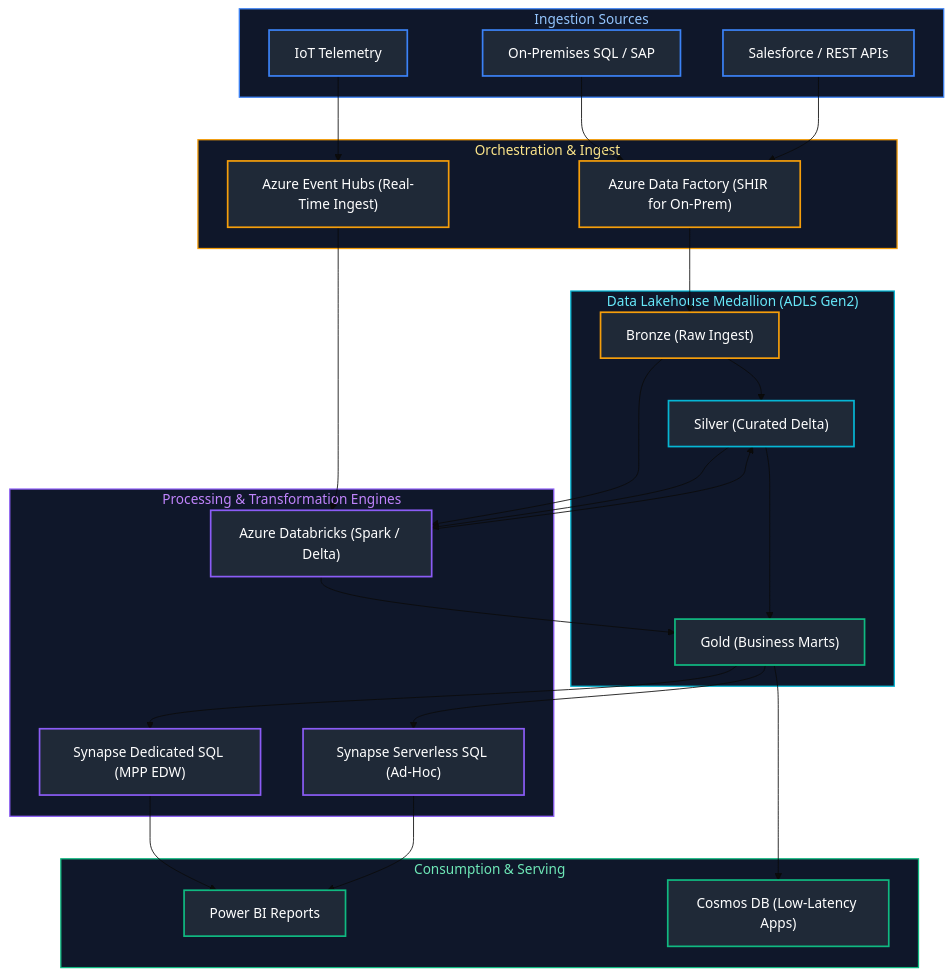
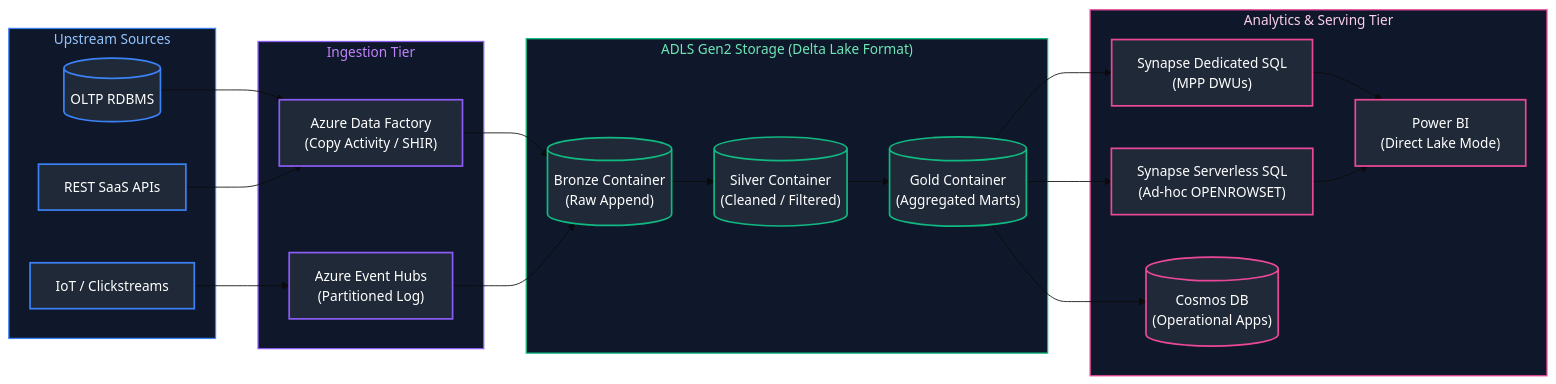
Before and after one commit to joydeep-biswas/Interview-Preparation: the third of 10 diagrams in Data Engineering/13_azure_data_engineering_and_devops.md, drawn with Mermaid (base theme). The commit also changed other lines of this file and 143 other files, not shown here.

````diff
--- a/Data Engineering/13_azure_data_engineering_and_devops.md
+++ b/Data Engineering/13_azure_data_engineering_and_devops.md
@@ -337,55 +402,53 @@
 ```mermaid
-flowchart TD
-    subgraph IngestionLayer ["Ingestion Sources"]
-        OnPrem[On-Premises SQL / SAP]
-        SaaS[Salesforce / REST APIs]
-        IoT[IoT Telemetry]
+flowchart LR
+    subgraph Sources ["Upstream Sources"]
+        DB[(OLTP RDBMS)]
+        APIs["REST SaaS APIs"]
+        Streaming["IoT / Clickstreams"]
     end
 
-    subgraph Orchestration ["Orchestration & Ingest"]
-        ADF["Azure Data Factory (SHIR for On-Prem)"]
-        EventHubs["Azure Event Hubs (Real-Time Ingest)"]
+    subgraph Ingestion ["Ingestion Tier"]
+        ADF["Azure Data Factory<br/>(Copy Activity / SHIR)"]
+        EventHub["Azure Event Hubs<br/>(Partitioned Log)"]
+        DB & APIs --> ADF
+        Streaming --> EventHub
     end
 
-    subgraph StorageLayer ["Data Lakehouse Medallion (ADLS Gen2)"]
-        Bronze["Bronze (Raw Ingest)"] --> Silver["Silver (Curated Delta)"] --> Gold["Gold (Business Marts)"]
+    subgraph MedallionStorage ["ADLS Gen2 Storage (Delta Lake Format)"]
+        Bronze[("Bronze Container<br/>(Raw Append)")]
+        Silver[("Silver Container<br/>(Cleaned / Filtered)")]
+        Gold[("Gold Container<br/>(Aggregated Marts)")]
+        ADF --> Bronze
+        EventHub --> Bronze
+        Bronze --> Silver --> Gold
     end
 
-    subgraph ComputeLayer ["Processing & Transformation Engines"]
-        Databricks["Azure Databricks (Spark / Delta)"]
-        SynapseDedicated["Synapse Dedicated SQL (MPP EDW)"]
-        SynapseServerless["Synapse Serverless SQL (Ad-Hoc)"]
+    subgraph ServingTier ["Analytics & Serving Tier"]
+        Synapse["Synapse Dedicated SQL<br/>(MPP DWUs)"]
+        Serverless["Synapse Serverless SQL<br/>(Ad-hoc OPENROWSET)"]
+        PBI["Power BI<br/>(Direct Lake Mode)"]
+        Cosmos[("Cosmos DB<br/>(Operational Apps)")]
+        
+        Gold --> Synapse --> PBI
+        Gold --> Serverless --> PBI
+        Gold --> Cosmos
     end
 
-    subgraph ConsumptionLayer ["Consumption & Serving"]
-        PowerBI[Power BI Reports]
-        Cosmos["Cosmos DB (Low-Latency Apps)"]
-    end
+    style Sources fill:#0f172a,stroke:#3b82f6,stroke-width:1.5px,color:#93c5fd
+    style Ingestion fill:#0f172a,stroke:#8b5cf6,stroke-width:1.5px,color:#c084fc
+    style MedallionStorage fill:#0f172a,stroke:#10b981,stroke-width:1.5px,color:#6ee7b7
+    style ServingTier fill:#0f172a,stroke:#ec4899,stroke-width:1.5px,color:#fbcfe8
 
-    OnPrem & SaaS --> ADF --> Bronze
-    IoT --> EventHubs --> Databricks
-    Bronze --> Databricks --> Silver --> Databricks --> Gold
-    Gold --> SynapseDedicated --> PowerBI
-    Gold --> SynapseServerless --> PowerBI
-    Gold --> Cosmos
-
-    style IngestionLayer fill:#0f172a,stroke:#3b82f6,stroke-width:1.5px,color:#93c5fd
-    style Orchestration fill:#0f172a,stroke:#f59e0b,stroke-width:1.5px,color:#fde68a
-    style StorageLayer fill:#0f172a,stroke:#06b6d4,stroke-width:1.5px,color:#67e8f9
-    style ComputeLayer fill:#0f172a,stroke:#8b5cf6,stroke-width:1.5px,color:#c084fc
-    style ConsumptionLayer fill:#0f172a,stroke:#10b981,stroke-width:1.5px,color:#6ee7b7
-
-    style OnPrem fill:#1f2937,stroke:#3b82f6,stroke-width:2px,color:#fff
-    style SaaS fill:#1f2937,stroke:#3b82f6,stroke-width:2px,color:#fff
-    style IoT fill:#1f2937,stroke:#3b82f6,stroke-width:2px,color:#fff
-    style ADF fill:#1f2937,stroke:#f59e0b,stroke-width:2px,color:#fff
-    style EventHubs fill:#1f2937,stroke:#f59e0b,stroke-width:2px,color:#fff
-    style Bronze fill:#1f2937,stroke:#f59e0b,stroke-width:2px,color:#fff
-    style Silver fill:#1f2937,stroke:#06b6d4,stroke-width:2px,color:#fff
+    style DB fill:#1f2937,stroke:#3b82f6,stroke-width:2px,color:#fff
+    style APIs fill:#1f2937,stroke:#3b82f6,stroke-width:2px,color:#fff
+    style Streaming fill:#1f2937,stroke:#3b82f6,stroke-width:2px,color:#fff
+    style ADF fill:#1f2937,stroke:#8b5cf6,stroke-width:2px,color:#fff
+    style EventHub fill:#1f2937,stroke:#8b5cf6,stroke-width:2px,color:#fff
+    style Bronze fill:#1f2937,stroke:#10b981,stroke-width:2px,color:#fff
+    style Silver fill:#1f2937,stroke:#10b981,stroke-width:2px,color:#fff
     style Gold fill:#1f2937,stroke:#10b981,stroke-width:2px,color:#fff
-    style Databricks fill:#1f2937,stroke:#8b5cf6,stroke-width:2px,color:#fff
-    style SynapseDedicated fill:#1f2937,stroke:#8b5cf6,stroke-width:2px,color:#fff
-    style SynapseServerless fill:#1f2937,stroke:#8b5cf6,stroke-width:2px,color:#fff
-    style PowerBI fill:#1f2937,stroke:#10b981,stroke-width:2px,color:#fff
-    style Cosmos fill:#1f2937,stroke:#10b981,stroke-width:2px,color:#fff
+    style Synapse fill:#1f2937,stroke:#ec4899,stroke-width:2px,color:#fff
+    style Serverless fill:#1f2937,stroke:#ec4899,stroke-width:2px,color:#fff
+    style PBI fill:#1f2937,stroke:#ec4899,stroke-width:2px,color:#fff
+    style Cosmos fill:#1f2937,stroke:#ec4899,stroke-width:2px,color:#fff
 ```
````
